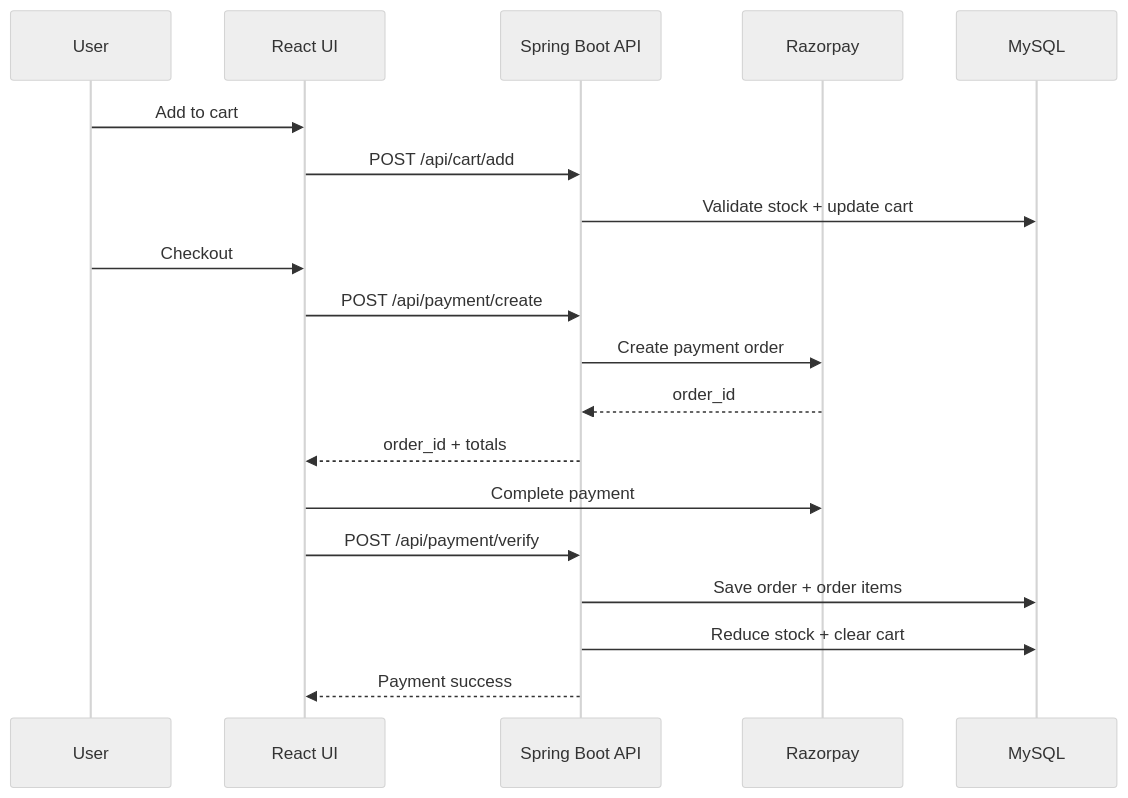
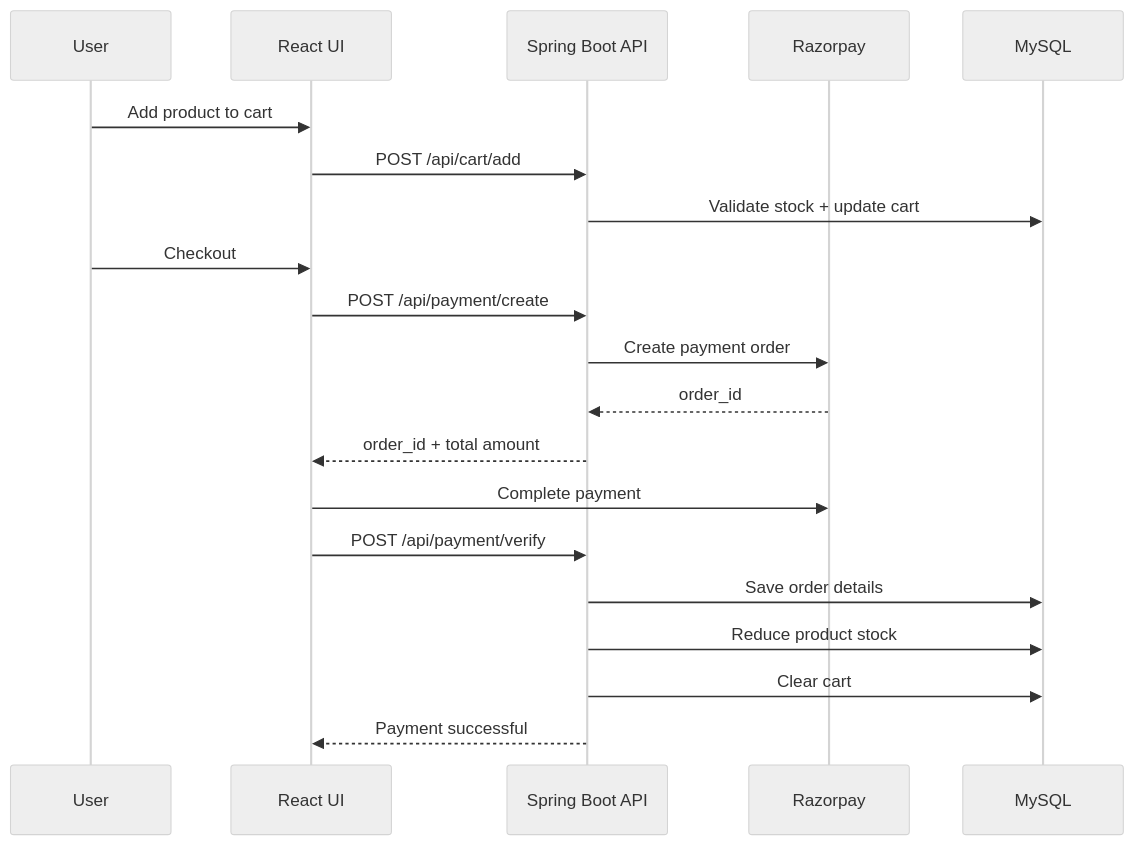
One commit to annnuuupam/NexCart changed the third of 7 diagrams in README.md. Above: the diagram before and after it, drawn with Mermaid (neutral theme). The commit also changed other lines of this file, not shown here.

````diff
--- a/README.md
+++ b/README.md
@@ -72,22 +106,28 @@
 ```mermaid
 sequenceDiagram
   participant U as User
   participant FE as React UI
   participant BE as Spring Boot API
   participant RP as Razorpay
   participant DB as MySQL
 
-  U->>FE: Add to cart
+  U->>FE: Add product to cart
   FE->>BE: POST /api/cart/add
   BE->>DB: Validate stock + update cart
+
   U->>FE: Checkout
   FE->>BE: POST /api/payment/create
   BE->>RP: Create payment order
+
   RP-->>BE: order_id
-  BE-->>FE: order_id + totals
+  BE-->>FE: order_id + total amount
+
   FE->>RP: Complete payment
   FE->>BE: POST /api/payment/verify
-  BE->>DB: Save order + order items
-  BE->>DB: Reduce stock + clear cart
-  BE-->>FE: Payment success
+
+  BE->>DB: Save order details
+  BE->>DB: Reduce product stock
+  BE->>DB: Clear cart
+
+  BE-->>FE: Payment successful
 ```
````
